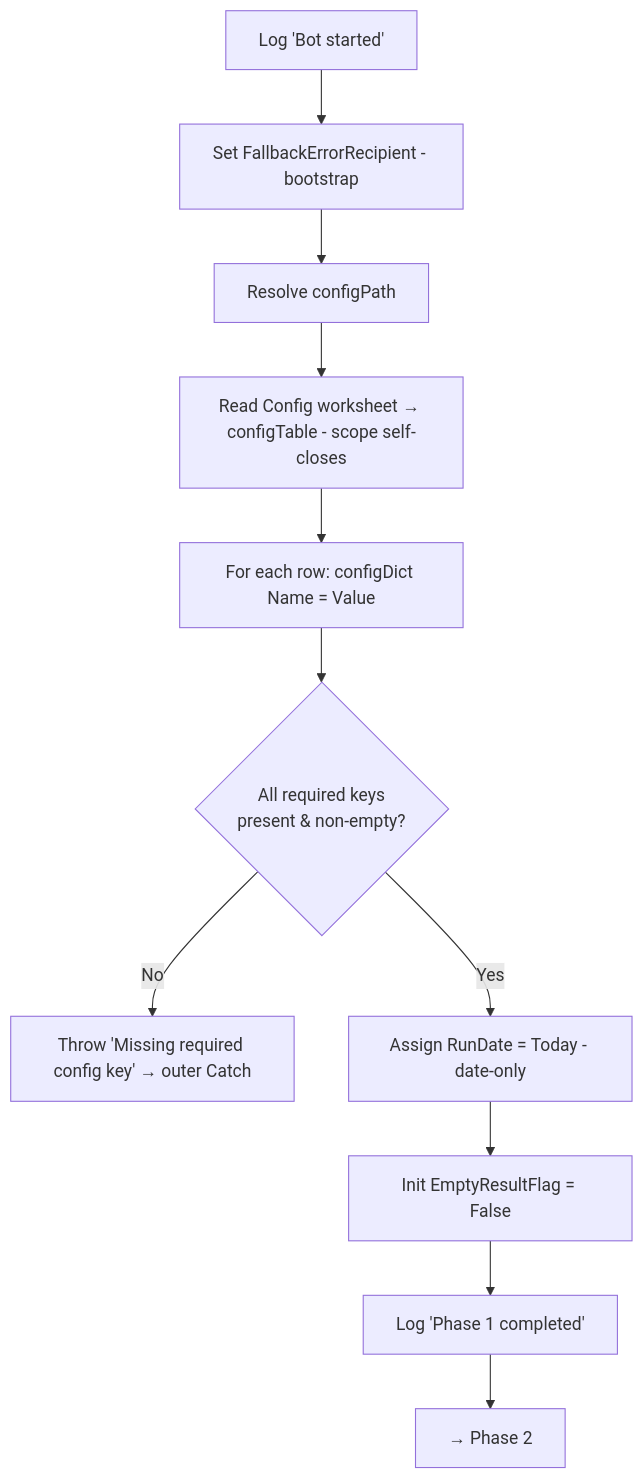
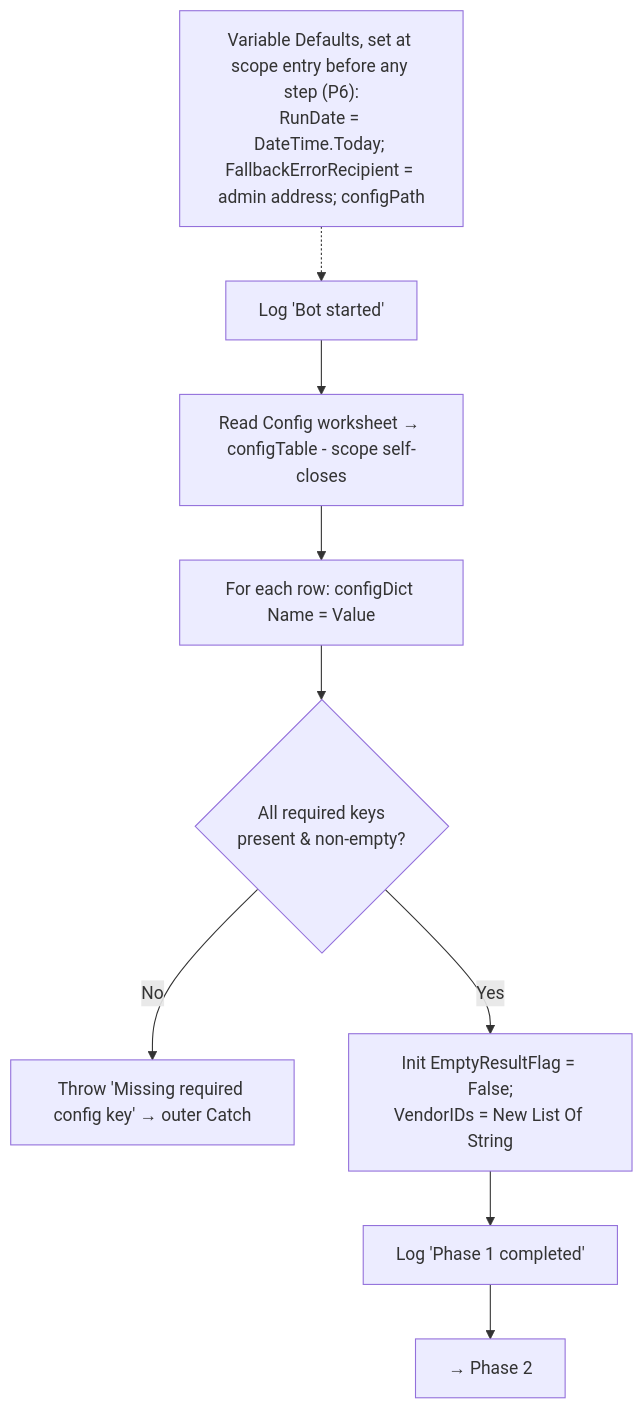
Before and after one commit to vitep111/RPA: the first of 3 diagrams in vendor-sbn-upload-bot/docs/medium-level-design.md, drawn with Mermaid. The commit also changed other lines of this file and 5 other files, not shown here.

````diff
--- a/vendor-sbn-upload-bot/docs/medium-level-design.md
+++ b/vendor-sbn-upload-bot/docs/medium-level-design.md
@@ -63,12 +65,10 @@
 ```mermaid
 graph TD
-    S1[Log 'Bot started'] --> S2[Set FallbackErrorRecipient - bootstrap]
-    S2 --> S3[Resolve configPath]
-    S3 --> S4[Read Config worksheet → configTable - scope self-closes]
+    S1[Log 'Bot started'] --> S4[Read Config worksheet → configTable - scope self-closes]
     S4 --> S5[For each row: configDict Name = Value]
     S5 --> S6{All required keys<br/>present & non-empty?}
     S6 -->|No| THROW[Throw 'Missing required config key' → outer Catch]
-    S6 -->|Yes| S7[Assign RunDate = Today - date-only]
-    S7 --> S8[Init EmptyResultFlag = False]
+    S6 -->|Yes| S8[Init EmptyResultFlag = False;<br/>VendorIDs = New List Of String]
     S8 --> S9[Log 'Phase 1 completed'] --> NEXT[→ Phase 2]
+    RD["Variable Defaults, set at scope entry before any step (P6):<br/>RunDate = DateTime.Today; FallbackErrorRecipient = admin address; configPath"] -.-> S1
 ```
````
